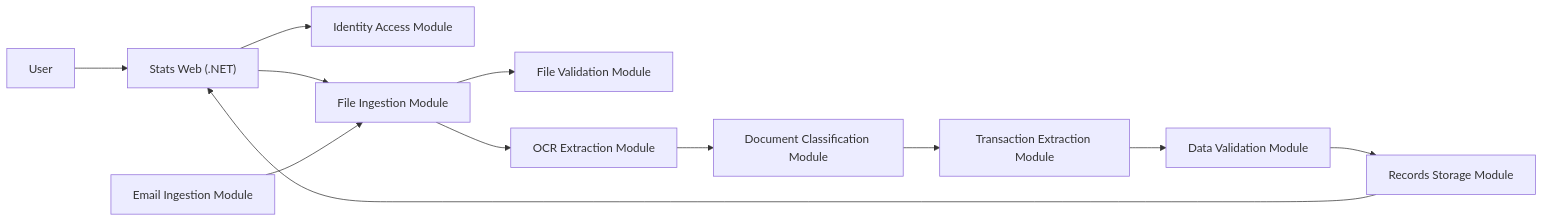
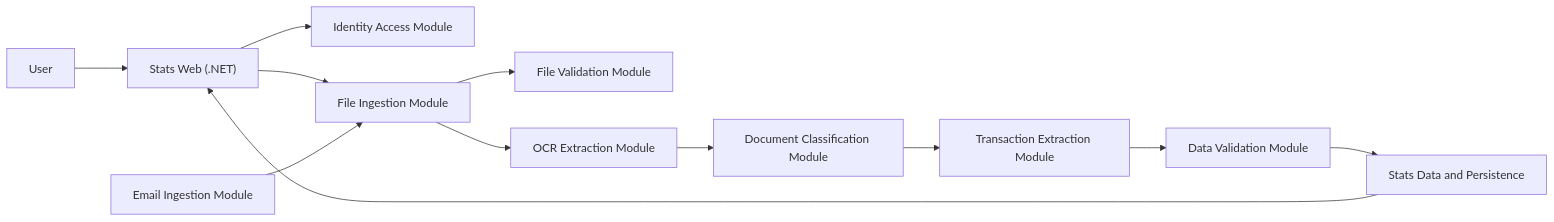
Before and after one commit to DodIlagan-cloud/000_Capstone: the diagram in docs/building-block-module-plan.md, drawn with Mermaid. The commit also changed other lines of this file and 7 other files, not shown here.

Commit message:
Align M0 foundation with updated architecture rules

````diff
--- a/docs/building-block-module-plan.md
+++ b/docs/building-block-module-plan.md
@@ -86,14 +97,14 @@
 ```mermaid
 flowchart LR
     User["User"] --> Web["Stats Web (.NET)"]
     Web --> Identity["Identity Access Module"]
     Web --> Ingestion["File Ingestion Module"]
     Ingestion --> FileValidation["File Validation Module"]
     Ingestion --> OCR["OCR Extraction Module"]
     OCR --> Classification["Document Classification Module"]
     Classification --> Extraction["Transaction Extraction Module"]
     Extraction --> Validation["Data Validation Module"]
-    Validation --> Storage["Records Storage Module"]
+    Validation --> Storage["Stats Data and Persistence"]
     Storage --> Web
     Email["Email Ingestion Module"] --> Ingestion
 ```
````
